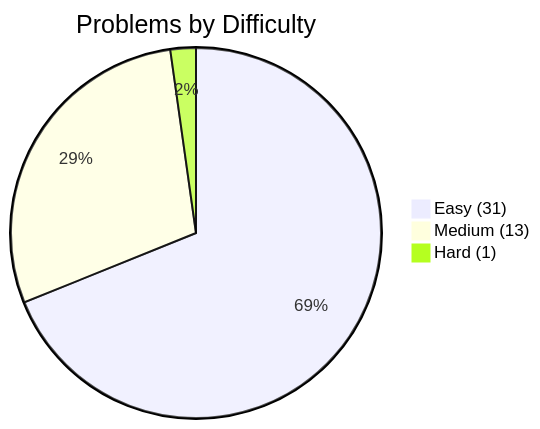
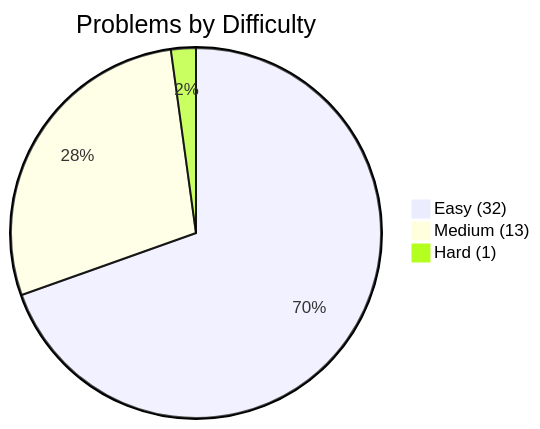
One commit to kanishk-procoder/leetcode-grind changed the first of 2 diagrams in PROGRESS.md. Above: the diagram before and after it, drawn with Mermaid. The commit also changed other lines of this file and 4 other files, not shown here.

````diff
--- a/PROGRESS.md
+++ b/PROGRESS.md
@@ -5,6 +5,6 @@
 ```mermaid
 pie title Problems by Difficulty
-    "Easy (31)" : 31
+    "Easy (32)" : 32
     "Medium (13)" : 13
     "Hard (1)" : 1
 ```
````
